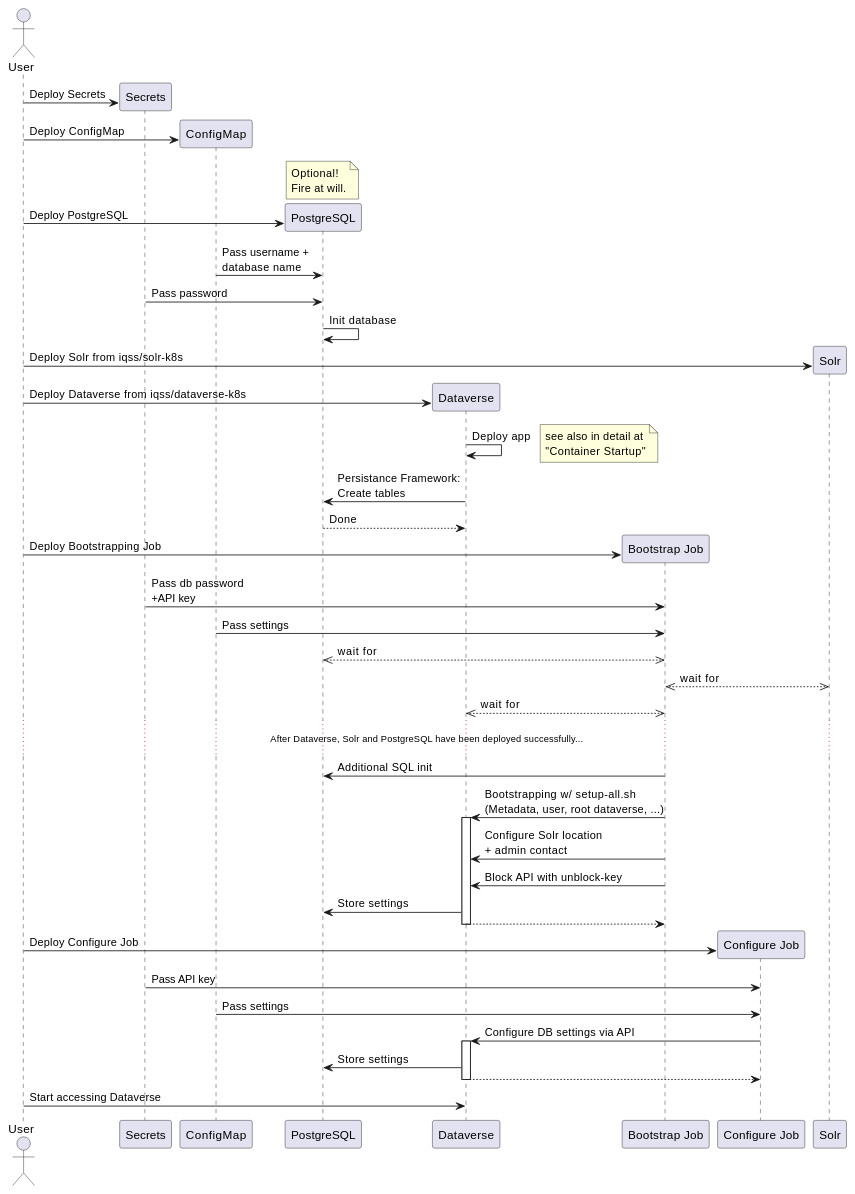
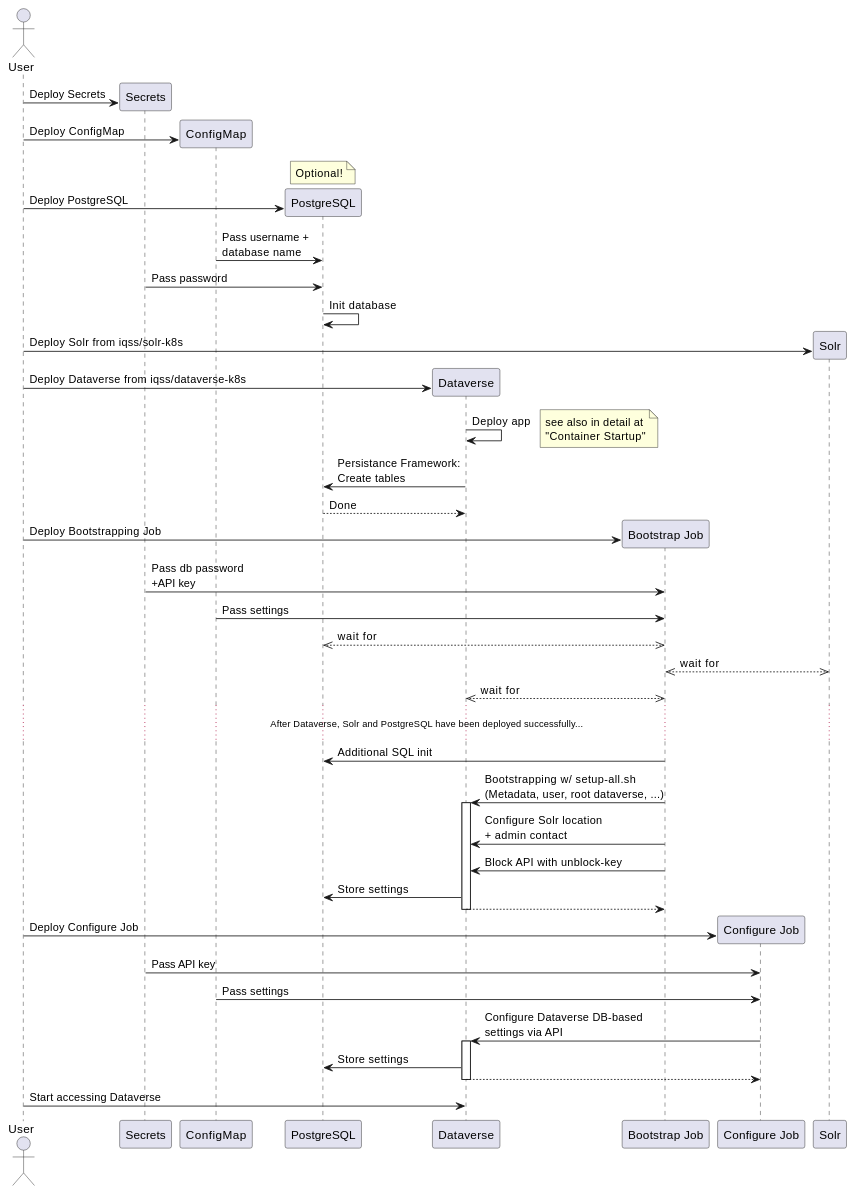
The first of 2 diagrams in docs/how-it-works.md (HyperSpec-FDM/dataverse-kubernetes), drawn with PlantUML before and after one commit. The commit also changed other lines of this file, not shown here.

Commit message:
Small tweaks based on feedback from @pdurbin.

```diff
--- a/docs/how-it-works.md
+++ b/docs/how-it-works.md
@@ -11,59 +11,59 @@
   @startuml
   actor User
   participant "Secrets" as S
   participant "ConfigMap" as CM
   participant "PostgreSQL" as P
   participant "Dataverse" as D
   participant "Bootstrap Job" as BJ
   participant "Configure Job" as CJ
 
   participant "Solr"
 
   create S
   User -> S: Deploy Secrets
   create CM
   User -> CM: Deploy ConfigMap
-  note over P: Optional!\nFire at will.
+  note over P: Optional!
   create P
   User -> P: Deploy PostgreSQL
   CM -> P: Pass username +\ndatabase name
   S -> P: Pass password
   P -> P: Init database
 
   create Solr
   User -> Solr: Deploy Solr from iqss/solr-k8s
 
   create D
   User -> D: Deploy Dataverse from iqss/dataverse-k8s
   D -> D: Deploy app
   note right: see also in detail at\n"Container Startup"
   D -> P: Persistance Framework:\nCreate tables
   P --> D: Done
 
   create BJ
   User -> BJ: Deploy Bootstrapping Job
   S -> BJ: Pass db password\n+API key
   CM -> BJ: Pass settings
   BJ <<-->> P: wait for
   BJ <<-->> Solr: wait for
   BJ <<-->> D: wait for
   ...After Dataverse, Solr and PostgreSQL have been deployed successfully......
   BJ -> P: Additional SQL init
   BJ -> D: Bootstrapping w/ setup-all.sh\n(Metadata, user, root dataverse, ...)
   activate D
   BJ -> D: Configure Solr location\n+ admin contact
   BJ -> D: Block API with unblock-key
   D -> P: Store settings
   return
 
   create CJ
   User -> CJ: Deploy Configure Job
   S -> CJ: Pass API key
   CM -> CJ: Pass settings
-  CJ -> D: Configure DB settings via API
+  CJ -> D: Configure Dataverse DB-based\nsettings via API
   activate D
   D -> P: Store settings
   return
 
   User -> D: Start accessing Dataverse
   @enduml
```
